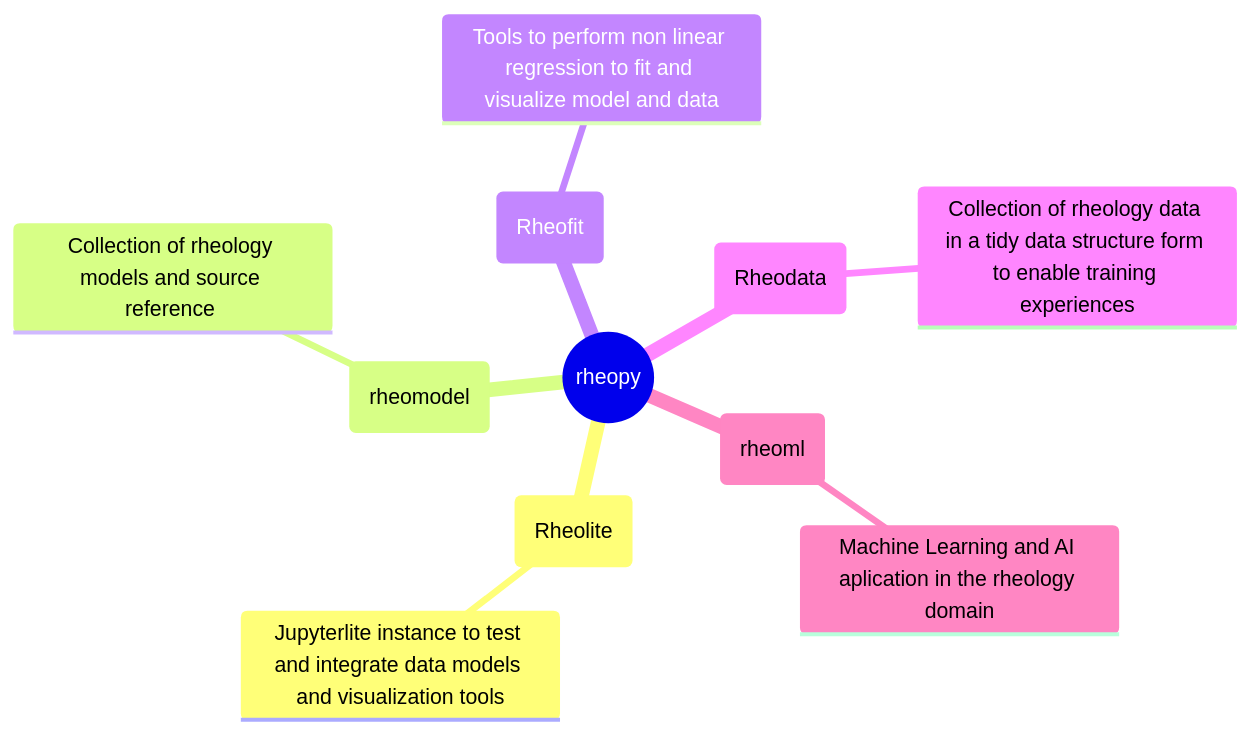
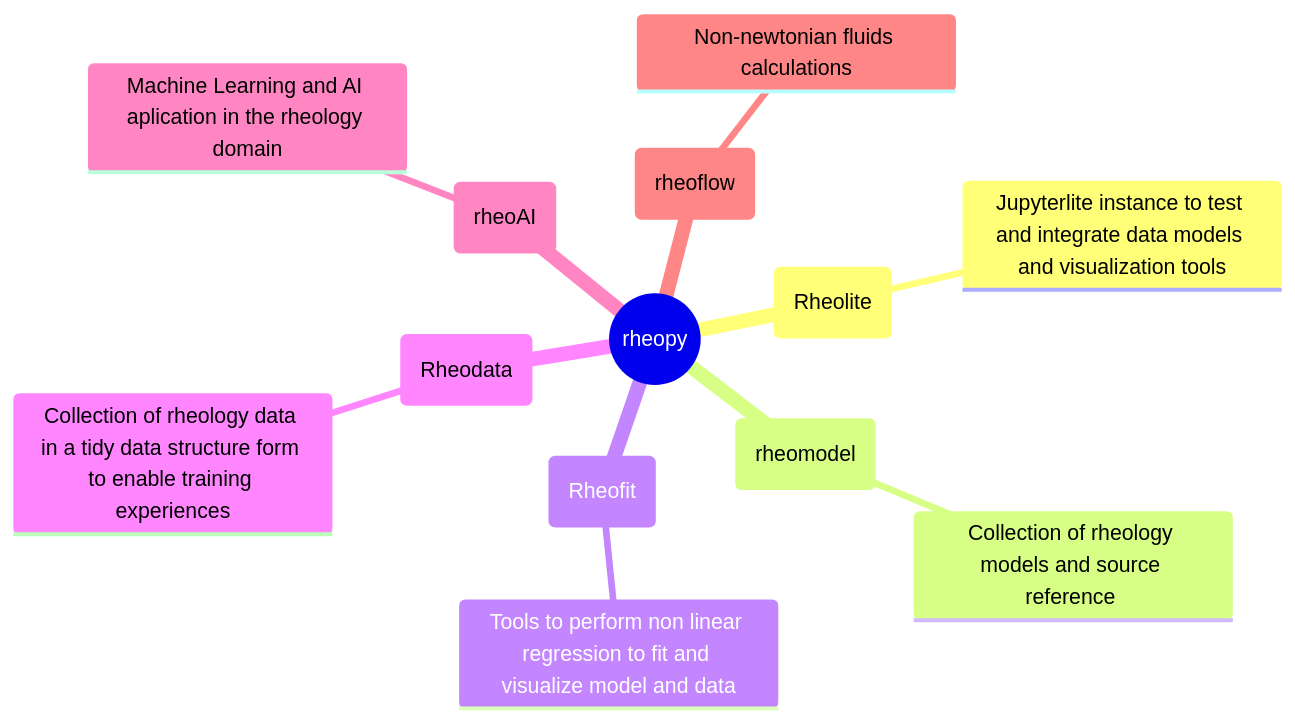
Before and after one commit to rheopy/rheolite: the diagram in README.md, drawn with Mermaid.

````diff
--- a/README.md
+++ b/README.md
@@ -16,14 +16,16 @@
 ```mermaid
 mindmap
   root((rheopy))
     (Rheolite)
       Jupyterlite instance to test and integrate data models and visualization tools
     (rheomodel)
       Collection of rheology models and source reference 
     (Rheofit)
       Tools to perform non linear regression to fit and visualize model and data
     (Rheodata)
       Collection of rheology data in a tidy data structure form to enable training experiences
-    (rheoml)
+    (rheoAI)
       Machine Learning and AI aplication in the rheology domain
+    (rheoflow)
+      Non-newtonian fluids calculations
 ```
````
